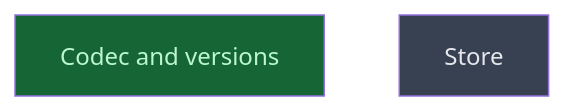
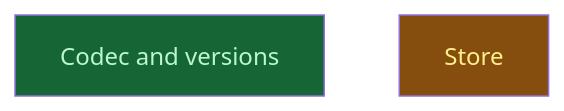
Before and after one commit to CrackingShells/cracking-shells-playbook: the diagram in __roadmap__/m1-core-foundation/settle/build/codec/README.md, drawn with Mermaid. The commit also changed other lines of this file and 1 other file, not shown here.

Commit message:
chore(roadmap): start the m1 campaign store

````diff
--- a/__roadmap__/m1-core-foundation/settle/build/codec/README.md
+++ b/__roadmap__/m1-core-foundation/settle/build/codec/README.md
@@ -19,10 +19,10 @@
 ```mermaid
 graph TD
     codec_and_versions[Codec and versions]:::done
-    store[Store]:::planned
+    store[Store]:::inprogress
     classDef done       fill:#166534,color:#bbf7d0
     classDef inprogress fill:#854d0e,color:#fef08a
     classDef planned    fill:#374151,color:#e5e7eb
     classDef amendment  fill:#1e3a5f,color:#bfdbfe
     classDef blocked    fill:#7f1d1d,color:#fecaca
 ```
````
